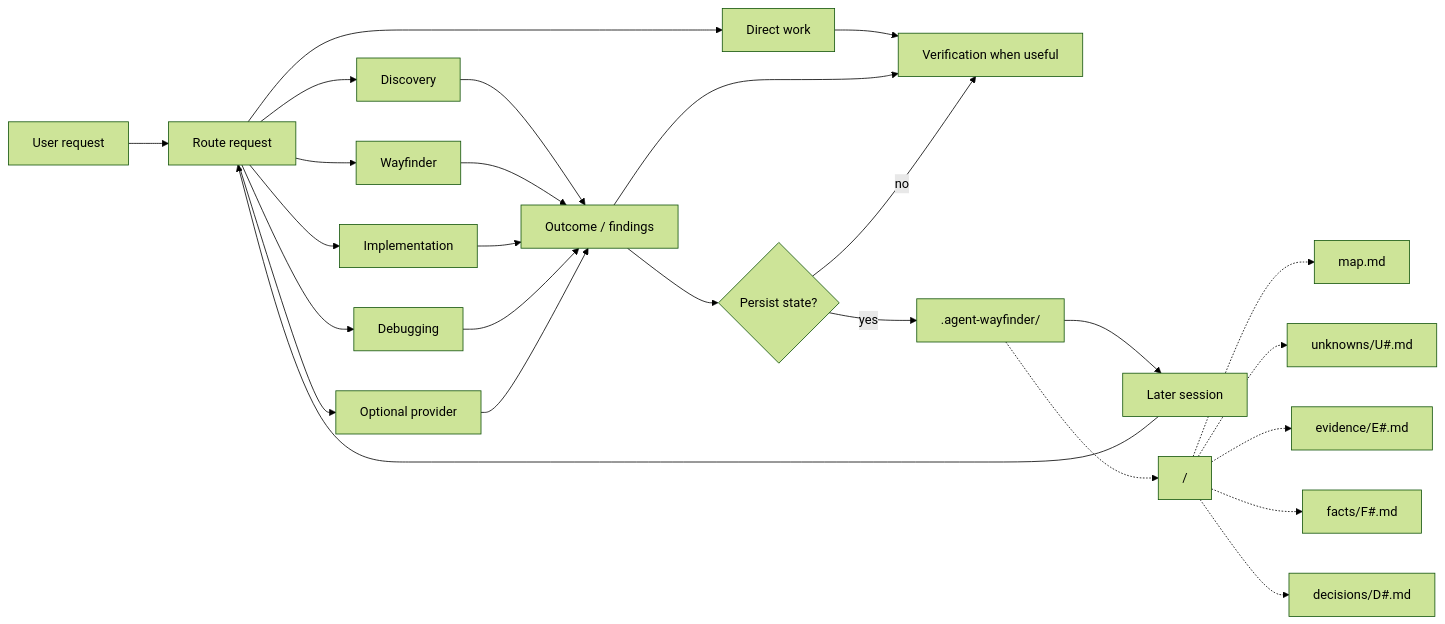
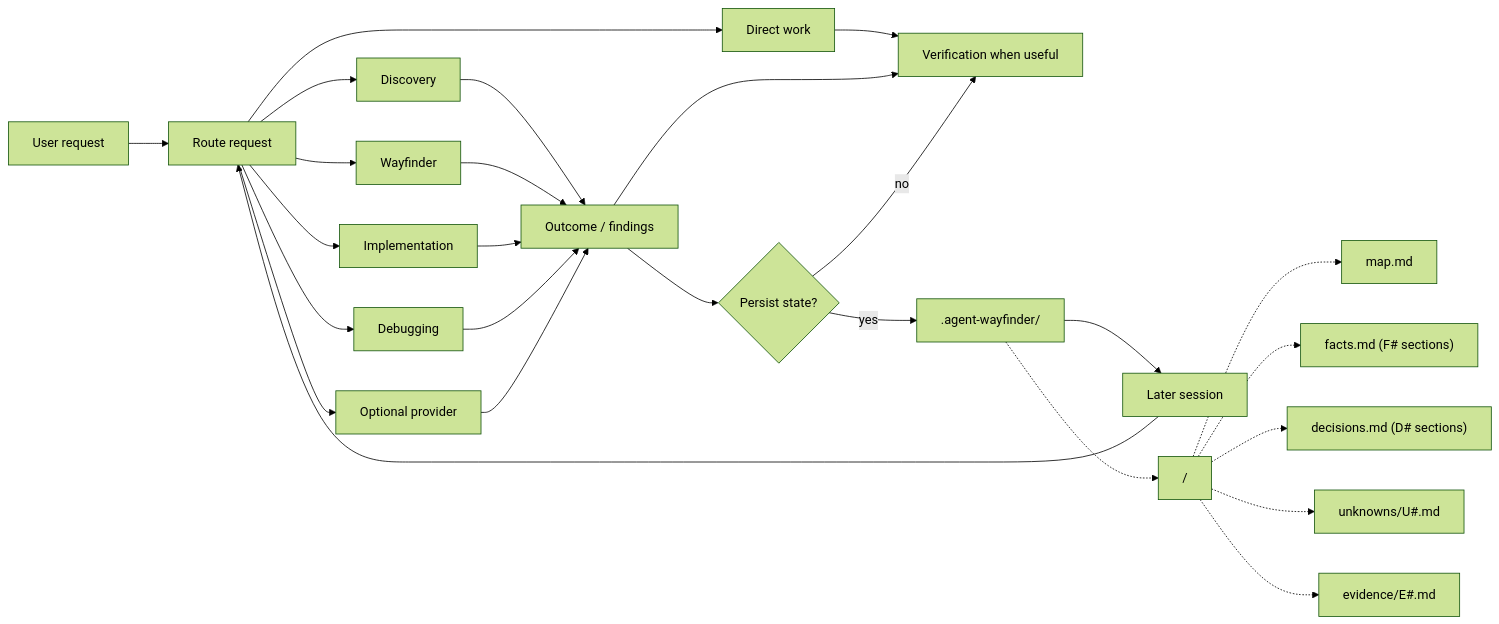
One commit to jimmfan/agentic-workflow changed the diagram in README.md. Above: the diagram before and after it, drawn with Mermaid (forest theme). The commit also changed other lines of this file and 39 other files, not shown here.

````diff
--- a/README.md
+++ b/README.md
@@ -110,35 +112,35 @@
 ```mermaid
 flowchart LR
     request["User request"] --> router["Route request"]
 
     router --> direct["Direct work"]
     router --> discovery["Discovery"]
     router --> wayfinder["Wayfinder"]
     router --> implementation["Implementation"]
     router --> debugging["Debugging"]
     router --> provider["Optional provider"]
 
     discovery --> result["Outcome / findings"]
     wayfinder --> result
     implementation --> result
     debugging --> result
     provider --> result
 
     direct --> verify["Verification when useful"]
     result --> verify
 
     result --> durable{"Persist state?"}
     durable -->|no| verify
     durable -->|yes| state[".agent-wayfinder/"]
 
     state --> resume["Later session"]
     resume --> router
 
     state -.-> wfstate["<stable-effort-slug>/"]
     wfstate -.-> map["map.md"]
+    wfstate -.-> facts["facts.md (F# sections)"]
+    wfstate -.-> decisions["decisions.md (D# sections)"]
     wfstate -.-> unknowns["unknowns/U#.md"]
     wfstate -.-> evidence["evidence/E#.md"]
-    wfstate -.-> facts["facts/F#.md"]
-    wfstate -.-> decisions["decisions/D#.md"]
 
 ```
````
